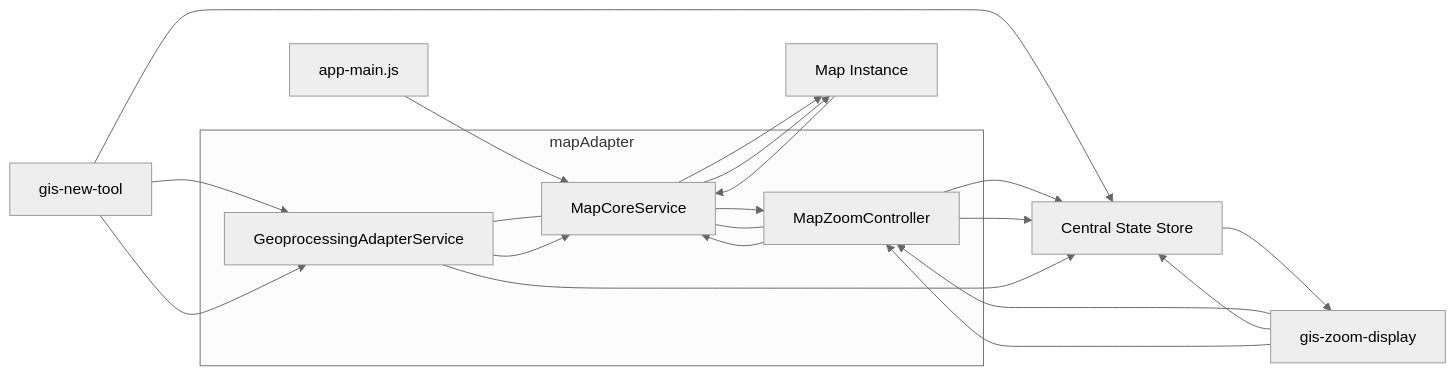
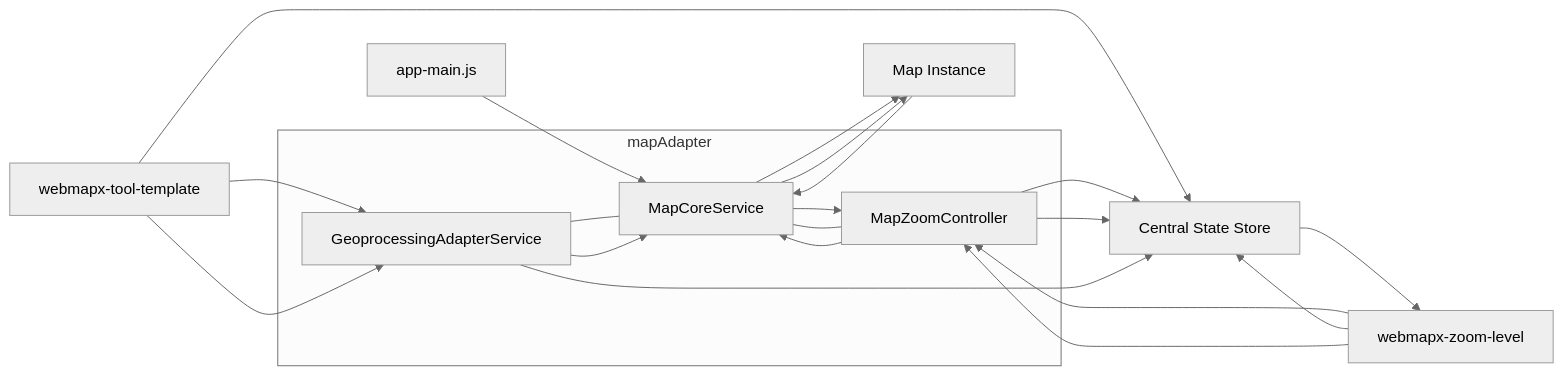
The diagram in docs/DEVELOPER_GUIDE.md (edugis-org/webmapx), drawn with Mermaid (neutral theme) before and after one commit. The commit also changed other lines of this file and 19 other files, not shown here.

````diff
--- a/docs/DEVELOPER_GUIDE.md
+++ b/docs/DEVELOPER_GUIDE.md
@@ -56,46 +56,46 @@
 ```mermaid
 flowchart LR
         subgraph Adapter[mapAdapter]
             MCS[MapCoreService]
             GAS[GeoprocessingAdapterService]
             MZC[MapZoomController]
         end
 
         MAP[Map Instance]
         STORE[Central State Store]
 
-        ZCOMP[gis-zoom-display]
-        TCOMP[gis-new-tool]
+        ZCOMP[webmapx-zoom-level]
+        TCOMP[webmapx-tool-template]
         APP[app-main.js]
 
         %% App initializes core which creates the map instance
         APP --> MCS
         MCS --> MAP
 
         %% Controllers/services depend on core
         MZC --- MCS
         GAS --- MCS
 
         %% Components use controllers/services and subscribe to store
         ZCOMP --> MZC
         TCOMP --> GAS
         ZCOMP --> STORE
         TCOMP --> STORE
 
         %% Zoom flow (UI intent -> core -> map -> store)
         ZCOMP --> MZC
         MZC --> MCS
         MCS --> MAP
         MZC --> STORE
 
         %% Map emits zoomend -> core -> controller -> store -> UI update
         MAP --> MCS
         MCS --> MZC
         MZC --> STORE
         STORE --> ZCOMP
 
         %% Geoprocessing flow (UI intent -> service -> core/map -> store)
         TCOMP --> GAS
         GAS --> MCS
         GAS --> STORE
 ```
````
